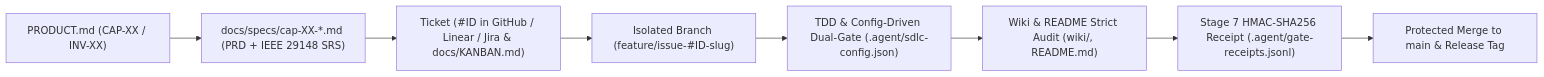
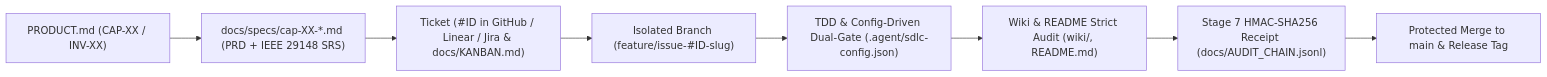
One commit to fmatar/sealit changed the diagram in wiki/Traceability.md. Above: the diagram before and after it, drawn with Mermaid. The commit also changed other lines of this file and 8 other files, not shown here.

Commit message:
fix(#114): align resolveArchlensRing with policy.json, fix readme-sync exports, and retire gate-receipts.jsonl refs

````diff
--- a/wiki/Traceability.md
+++ b/wiki/Traceability.md
@@ -9,10 +9,10 @@
 ```mermaid
 flowchart LR
     P["PRODUCT.md (CAP-XX / INV-XX)"] --> S["docs/specs/cap-XX-*.md (PRD + IEEE 29148 SRS)"]
     S --> T["Ticket (#ID in GitHub / Linear / Jira & docs/KANBAN.md)"]
     T --> B["Isolated Branch (feature/issue-#ID-slug)"]
     B --> C["TDD & Config-Driven Dual-Gate (.agent/sdlc-config.json)"]
     C --> W["Wiki & README Strict Audit (wiki/, README.md)"]
-    W --> R["Stage 7 HMAC-SHA256 Receipt (.agent/gate-receipts.jsonl)"]
+    W --> R["Stage 7 HMAC-SHA256 Receipt (docs/AUDIT_CHAIN.jsonl)"]
     R --> M["Protected Merge to main & Release Tag"]
 ```
````
